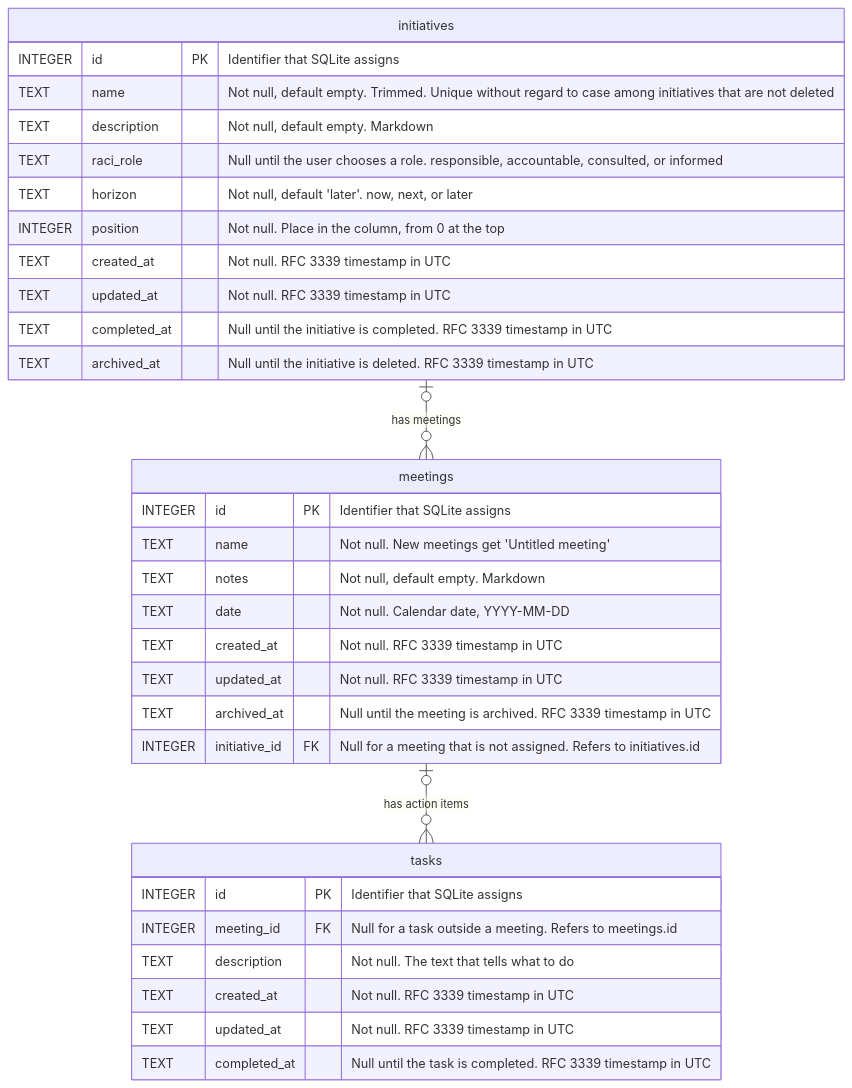
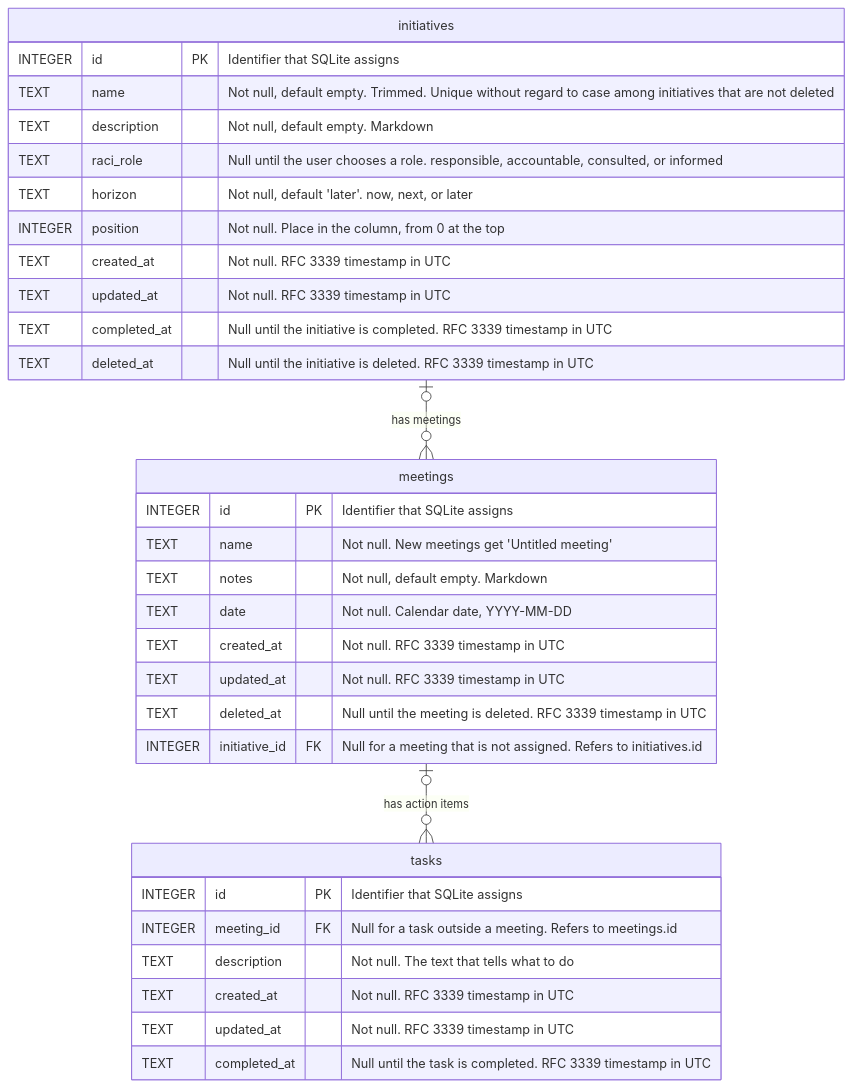
The diagram in docs/data-model.md (marclove/gps), drawn with Mermaid before and after one commit. The commit also changed other lines of this file and 29 other files, not shown here.

First line of the commit message:
Rename archived_at to deleted_at in every layer

````diff
--- a/docs/data-model.md
+++ b/docs/data-model.md
@@ -5,35 +5,35 @@
 ```mermaid
 erDiagram
     meetings {
         INTEGER id PK "Identifier that SQLite assigns"
         TEXT name "Not null. New meetings get 'Untitled meeting'"
         TEXT notes "Not null, default empty. Markdown"
         TEXT date "Not null. Calendar date, YYYY-MM-DD"
         TEXT created_at "Not null. RFC 3339 timestamp in UTC"
         TEXT updated_at "Not null. RFC 3339 timestamp in UTC"
-        TEXT archived_at "Null until the meeting is archived. RFC 3339 timestamp in UTC"
+        TEXT deleted_at "Null until the meeting is deleted. RFC 3339 timestamp in UTC"
         INTEGER initiative_id FK "Null for a meeting that is not assigned. Refers to initiatives.id"
     }
     tasks {
         INTEGER id PK "Identifier that SQLite assigns"
         INTEGER meeting_id FK "Null for a task outside a meeting. Refers to meetings.id"
         TEXT description "Not null. The text that tells what to do"
         TEXT created_at "Not null. RFC 3339 timestamp in UTC"
         TEXT updated_at "Not null. RFC 3339 timestamp in UTC"
         TEXT completed_at "Null until the task is completed. RFC 3339 timestamp in UTC"
     }
     initiatives {
         INTEGER id PK "Identifier that SQLite assigns"
         TEXT name "Not null, default empty. Trimmed. Unique without regard to case among initiatives that are not deleted"
         TEXT description "Not null, default empty. Markdown"
         TEXT raci_role "Null until the user chooses a role. responsible, accountable, consulted, or informed"
         TEXT horizon "Not null, default 'later'. now, next, or later"
         INTEGER position "Not null. Place in the column, from 0 at the top"
         TEXT created_at "Not null. RFC 3339 timestamp in UTC"
         TEXT updated_at "Not null. RFC 3339 timestamp in UTC"
         TEXT completed_at "Null until the initiative is completed. RFC 3339 timestamp in UTC"
-        TEXT archived_at "Null until the initiative is deleted. RFC 3339 timestamp in UTC"
+        TEXT deleted_at "Null until the initiative is deleted. RFC 3339 timestamp in UTC"
     }
     meetings |o--o{ tasks : "has action items"
     initiatives |o--o{ meetings : "has meetings"
 ```
````
